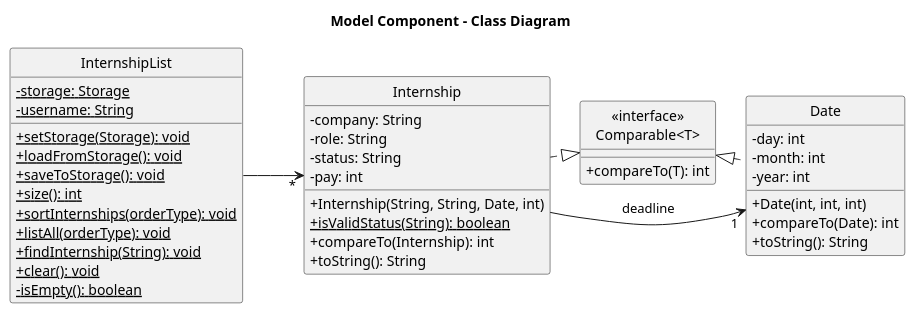
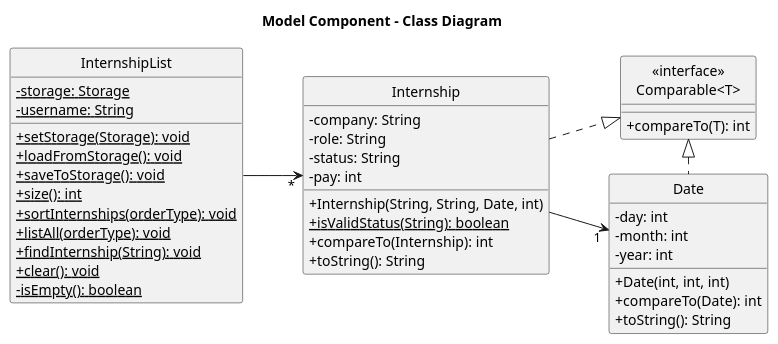
The diagram in docs/diagrams/ModelComponentCD.puml (AY2526S1-CS2113-W14-4/tp), drawn with PlantUML before and after one commit. The commit also changed 8 other files, not shown here.

Commit message:
Fix diagrams

```diff
--- a/docs/diagrams/ModelComponentCD.puml
+++ b/docs/diagrams/ModelComponentCD.puml
@@ -1,52 +1,52 @@
 @startuml ModelComponentCD
 hide circle
 title Model Component - Class Diagram
 left to right direction
 skinparam classAttributeIconSize 0
 
 
 class InternshipList {
   - {static} storage: Storage
   - {static} username: String
   + {static} setStorage(Storage): void
   + {static} loadFromStorage(): void
   + {static} saveToStorage(): void
   + {static} size(): int
   + {static} sortInternships(orderType): void
   + {static} listAll(orderType): void
   + {static} findInternship(String): void
   + {static} clear(): void
   - {static} isEmpty(): boolean
 }
 
 class "<<interface>>\nComparable<T>" {
     + compareTo(T): int
 }
 
 class Internship {
   - company: String
   - role: String
   - status: String
   - pay: int
   + Internship(String, String, Date, int)
   + {static} isValidStatus(String): boolean
   + compareTo(Internship): int
   + toString(): String
 }
 
 class Date {
   - day: int
   - month: int
   - year: int
   + Date(int, int, int)
   + compareTo(Date): int
   + toString(): String
 }
 
 
 InternshipList --> "*" Internship
 Internship .|> "<<interface>>\nComparable<T>"
 Date .left.|> "<<interface>>\nComparable<T>"
-Internship --> "1" Date : deadline
+Internship --> "1" Date
 
 @enduml
```
